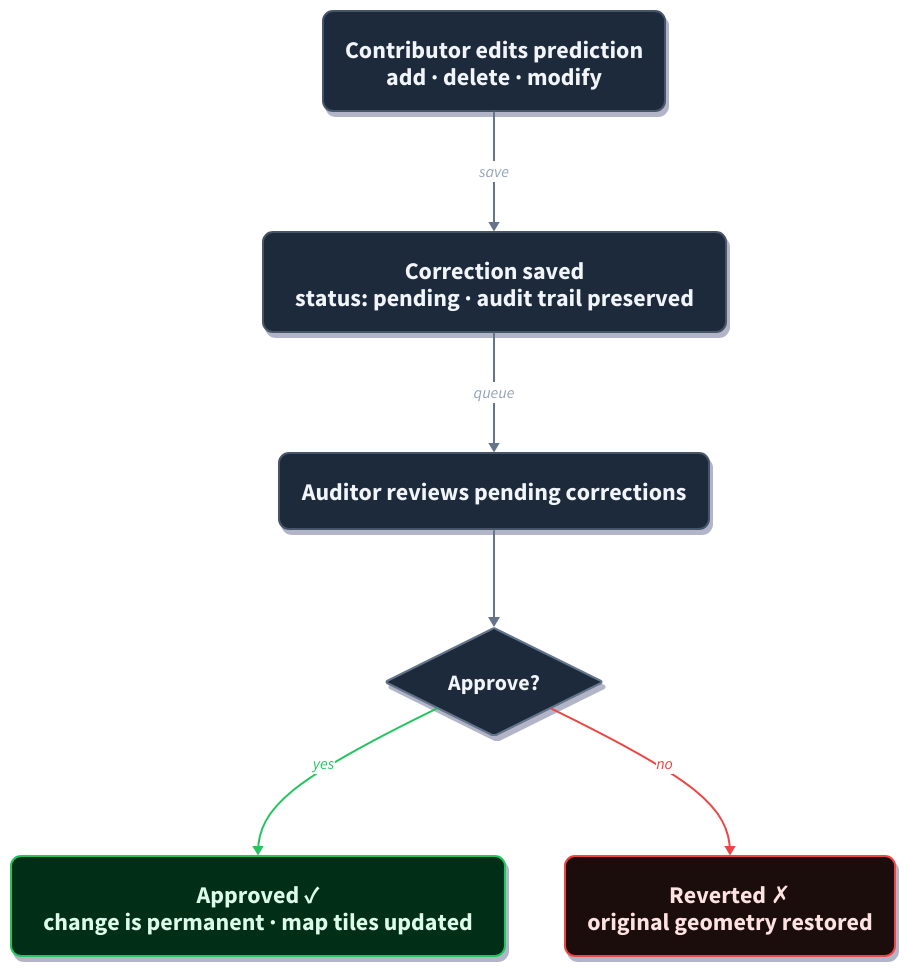
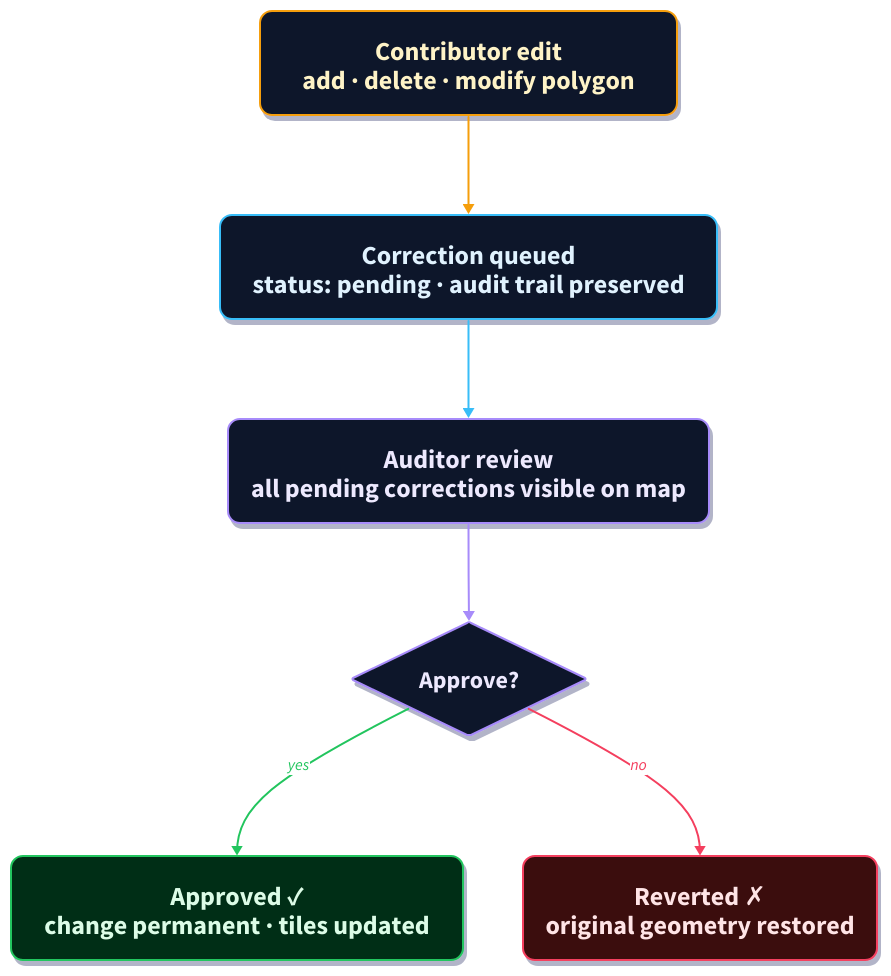
One commit to Deadwood-ai/deadtrees changed the diagram in docs/projects/geolabel/assets/geolabel-correction-lifecycle-presentation.d2. Above: the diagram before and after it, drawn with D2. The commit also changed 2 other files, not shown here.

Commit message:
docs: update geolabel correction lifecycle diagram styles and structure
Revise styles for contributor, pending, auditor, and reverted classes with new color schemes and dimensions. Adjust diagram structure for improved clarity and consistency, including updates to edit and pending transitions. Replace the existing SVG and PNG assets with updated versions reflecting these changes.

```diff
--- a/docs/projects/geolabel/assets/geolabel-correction-lifecycle-presentation.d2
+++ b/docs/projects/geolabel/assets/geolabel-correction-lifecycle-presentation.d2
@@ -1,92 +1,117 @@
 direction: down
 
 classes: {
-  step: {
+  contributor: {
     style: {
-      fill: "#1e293b"
-      stroke: "#475569"
-      font-color: "#f1f5f9"
-      border-radius: 10
-      font-size: 24
+      fill: "#0f172a"
+      stroke: "#f59e0b"
+      font-color: "#fef3c7"
+      border-radius: 12
+      font-size: 26
+      stroke-width: 2
+      shadow: true
+    }
+  }
+  pending: {
+    style: {
+      fill: "#0f172a"
+      stroke: "#38bdf8"
+      font-color: "#e0f2fe"
+      border-radius: 12
+      font-size: 26
+      stroke-width: 2
+      shadow: true
+    }
+  }
+  auditor: {
+    style: {
+      fill: "#0f172a"
+      stroke: "#a78bfa"
+      font-color: "#ede9fe"
+      border-radius: 12
+      font-size: 26
       stroke-width: 2
       shadow: true
     }
   }
   decision: {
     shape: diamond
     style: {
-      fill: "#1e293b"
-      stroke: "#64748b"
-      font-color: "#f1f5f9"
-      font-size: 22
+      fill: "#0f172a"
+      stroke: "#a78bfa"
+      font-color: "#ede9fe"
+      font-size: 24
       stroke-width: 2
       shadow: true
     }
   }
   approved: {
     style: {
       fill: "#052e16"
       stroke: "#22c55e"
       font-color: "#dcfce7"
-      border-radius: 10
-      font-size: 24
+      border-radius: 12
+      font-size: 26
       stroke-width: 2
       shadow: true
     }
   }
   reverted: {
     style: {
-      fill: "#1c0a09"
-      stroke: "#ef4444"
-      font-color: "#fee2e2"
-      border-radius: 10
-      font-size: 24
+      fill: "#3b0a0e"
+      stroke: "#f43f5e"
+      font-color: "#ffe4e6"
+      border-radius: 12
+      font-size: 26
       stroke-width: 2
       shadow: true
     }
   }
 }
 
-edit: "Contributor edits prediction\nadd  ·  delete  ·  modify" {
-  class: step
+edit: "Contributor edit\nadd  ·  delete  ·  modify polygon" {
+  class: contributor
 }
 
-pending: "Correction saved\nstatus: pending  ·  audit trail preserved" {
-  class: step
+pending: "Correction queued\nstatus: pending  ·  audit trail preserved" {
+  class: pending
 }
 
-review: "Auditor reviews pending corrections" {
-  class: step
+review: "Auditor review\nall pending corrections visible on map" {
+  class: auditor
 }
 
 decision: "Approve?" {
   class: decision
 }
 
-approved: "Approved ✓\nchange is permanent  ·  map tiles updated" {
+approved: "Approved ✓\nchange permanent  ·  tiles updated" {
   class: approved
 }
 
 reverted: "Reverted ✗\noriginal geometry restored" {
   class: reverted
 }
 
-edit -> pending: "save" {
-  style.stroke: "#64748b"
-  style.font-color: "#94a3b8"
+edit -> pending: {
+  style.stroke: "#f59e0b"
+  style.stroke-width: 2
 }
-pending -> review: "queue" {
-  style.stroke: "#64748b"
-  style.font-color: "#94a3b8"
+pending -> review: {
+  style.stroke: "#38bdf8"
+  style.stroke-width: 2
 }
 review -> decision: {
-  style.stroke: "#64748b"
+  style.stroke: "#a78bfa"
+  style.stroke-width: 2
 }
 decision -> approved: "yes" {
   style.stroke: "#22c55e"
   style.font-color: "#22c55e"
+  style.stroke-width: 2
 }
 decision -> reverted: "no" {
-  style.stroke: "#ef4444"
-  style.font-color: "#ef4444"
+  style.stroke: "#f43f5e"
+  style.font-color: "#f43f5e"
+  style.stroke-width: 2
 }
```
